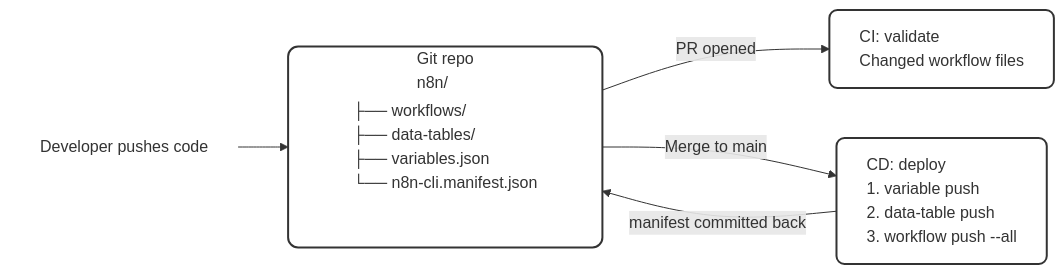
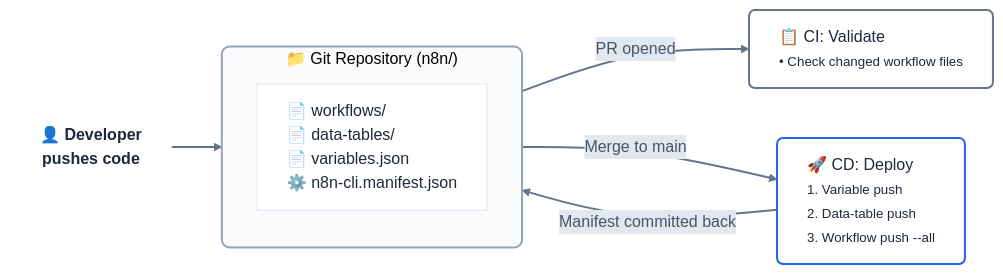
Before and after one commit to rverheijen/n8n-cli: the diagram in docs/github-actions.md, drawn with Mermaid.

Commit message:
docs: update Mermaid diagram with theme and styling

````diff
--- a/docs/github-actions.md
+++ b/docs/github-actions.md
@@ -9,27 +9,42 @@
 ```mermaid
+%%{init: {
+  'theme': 'base',
+  'themeVariables': {
+    'primaryColor': '#F4F7FA',
+    'primaryTextColor': '#1E293B',
+    'primaryBorderColor': '#CBD5E1',
+    'lineColor': '#64748B',
+    'secondaryColor': '#E2E8F0',
+    'tertiaryColor': '#FFFFFF'
+  }
+}}%%
+
 graph LR
     %% Left Trigger
-    Dev[Developer pushes code] --> Git
+    Dev["👤 Developer<br>pushes code"] --> Git
 
     %% Main Repository Box
-    subgraph Git ["Git repo<br>n8n/"]
+    subgraph Git ["📁 Git Repository (n8n/)"]
         direction TB
-        Tree["├── workflows/<br>├── data-tables/<br>├── variables.json<br>└── n8n-cli.manifest.json"]
+        Tree["📄 workflows/<br>📄 data-tables/<br>📄 variables.json<br>⚙️ n8n-cli.manifest.json"]
     end
 
     %% Process Boxes
-    CI["CI: validate<br>Changed workflow files"]
-    CD["CD: deploy<br>1. variable push<br>2. data-table push<br>3. workflow push --all"]
+    CI["📋 CI: Validate<br><small>• Check changed workflow files</small>"]
+    CD["🚀 CD: Deploy<br><small>1. Variable push<br>2. Data-table push<br>3. Workflow push --all</small>"]
 
     %% Connections
     Git -->|PR opened| CI
     Git -->|Merge to main| CD
-    CD -->|manifest committed back| Git
+    CD -->|Manifest committed back| Git
 
-    %% Styling for clean, minimal look
-    style Dev fill:none,stroke:none
-    style Tree text-align:left,fill:none,stroke:none
-    style Git fill:#fff,stroke:#333,stroke-width:2px,rx:10px,ry:10px
-    style CI fill:#fff,stroke:#333,stroke-width:2px,rx:8px,ry:8px,text-align:left
-    style CD fill:#fff,stroke:#333,stroke-width:2px,rx:8px,ry:8px,text-align:left
+    %% Styling
+    style Dev fill:none,stroke:none,font-weight:bold
+    style Tree text-align:left,fill:#FFFFFF,stroke:#E2E8F0,stroke-width:1px,border-radius:4px
+    style Git fill:#F8FAFC,stroke:#94A3B8,stroke-width:2px,rx:8px,ry:8px
+    style CI fill:#FFFFFF,stroke:#64748B,stroke-width:2px,rx:6px,ry:6px,text-align:left
+    style CD fill:#FFFFFF,stroke:#2563EB,stroke-width:2px,rx:6px,ry:6px,text-align:left
+
+    %% Link styling for smoother lines
+    linkStyle default stroke:#64748B,stroke-width:2px,color:#475569
 ```
````
